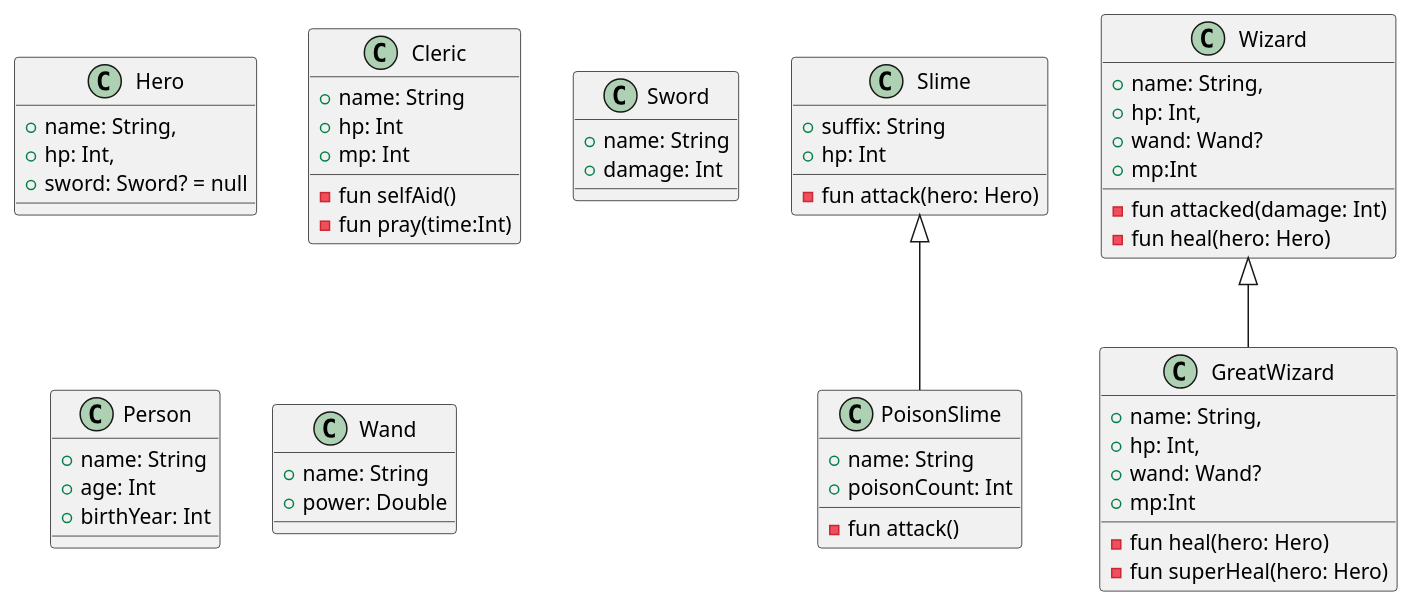
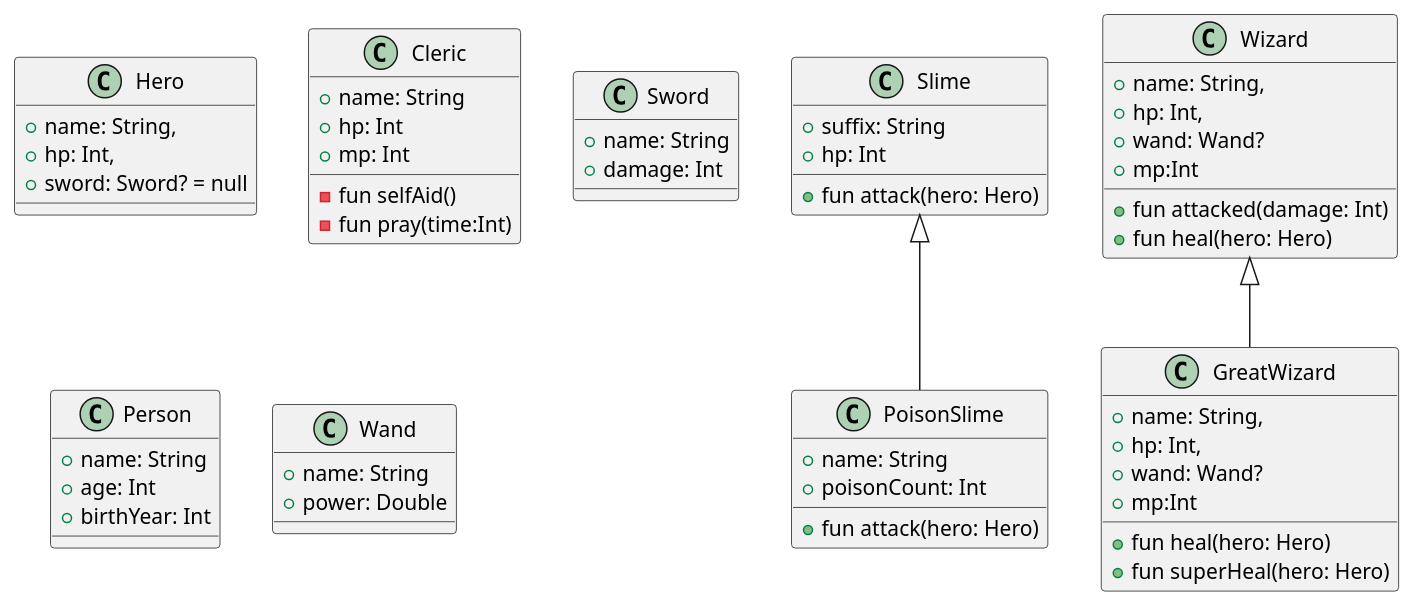
Before and after one commit to SurvivalCodingCampus/gangnam2_kotlin_study: the diagram in src/main/kotlin/_251103_kotlin_oop/inheritance/docs/game.puml, drawn with PlantUML.

Commit message:
fix: 가시성에 맞게 코드 재작성

```diff
--- a/src/main/kotlin/_251103_kotlin_oop/inheritance/docs/game.puml
+++ b/src/main/kotlin/_251103_kotlin_oop/inheritance/docs/game.puml
@@ -1,62 +1,62 @@
 @startuml
 scale 1
 
 class Hero{
     + name: String,
     + hp: Int,
     + sword: Sword? = null
 }
 class Slime{
     + suffix: String
     + hp: Int
-    - fun attack(hero: Hero)
+    + fun attack(hero: Hero)
 }
 class Wizard{
     + name: String,
     + hp: Int,
     + wand: Wand?
     + mp:Int
 
-    - fun attacked(damage: Int)
-    - fun heal(hero: Hero)
+    + fun attacked(damage: Int)
+    + fun heal(hero: Hero)
     }
 class PoisonSlime extends Slime{
     + name: String
     + poisonCount: Int
-    - fun attack()
+    + fun attack(hero: Hero)
 
 }
 class GreatWizard extends Wizard{
     + name: String,
     + hp: Int,
     + wand: Wand?
     + mp:Int
 
-    - fun heal(hero: Hero)
-    - fun superHeal(hero: Hero)
+    + fun heal(hero: Hero)
+    + fun superHeal(hero: Hero)
 }
 
 class Cleric{
     +name: String
     +hp: Int
     +mp: Int
 
     -fun selfAid()
     -fun pray(time:Int)
 }
 
 class Sword{
     +name: String
     +damage: Int
 }
 class Person{
     +name: String
     +age: Int
     +birthYear: Int
 }
 class Wand{
     +name: String
     +power: Double
 }
 
 @enduml
```
